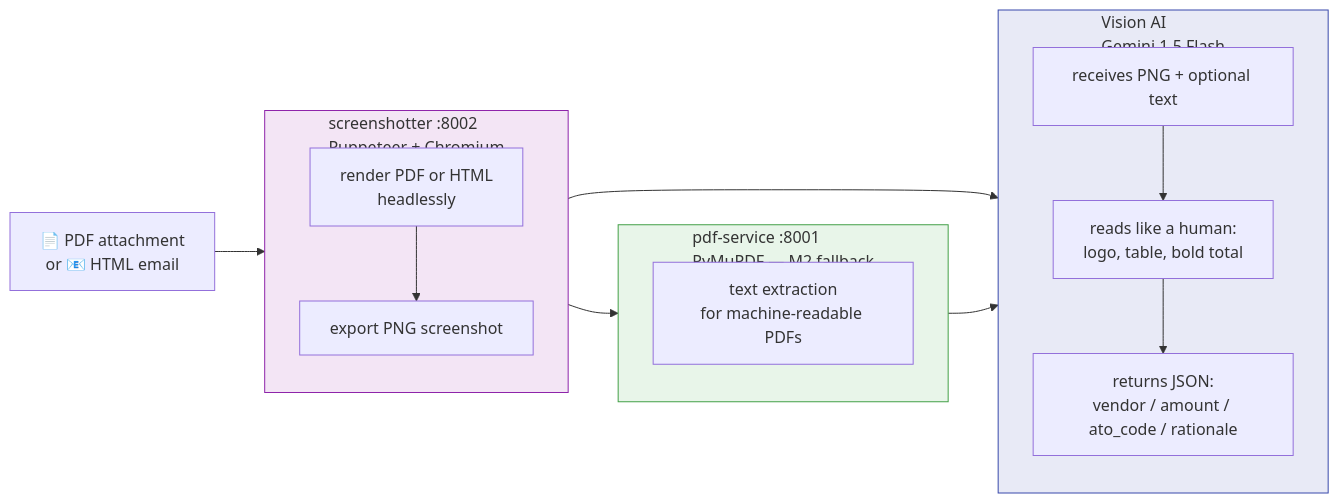
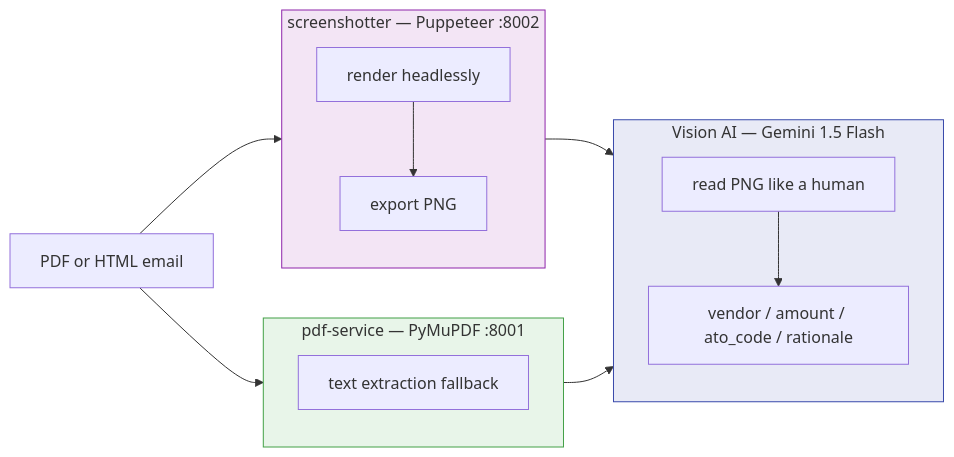
One commit to gcloudan/tax-automation changed the diagram in ARCHITECTURE.md. Above: the diagram before and after it, drawn with Mermaid.

````diff
--- a/ARCHITECTURE.md
+++ b/ARCHITECTURE.md
@@ -10,30 +10,23 @@
 ```mermaid
 flowchart LR
-    A["📄 PDF attachment\nor 📧 HTML email"] --> B
+    A["PDF or HTML email"] --> B & C
 
-    subgraph B["screenshotter :8002\nPuppeteer + Chromium"]
-        B1["render PDF or HTML\nheadlessly"]
-        B2["export PNG screenshot"]
-        B1 --> B2
+    subgraph B["screenshotter — Puppeteer :8002"]
+        B1["render headlessly"] --> B2["export PNG"]
     end
 
-    B --> C
-
-    subgraph C["pdf-service :8001\nPyMuPDF — M2 fallback"]
-        C1["text extraction\nfor machine-readable PDFs"]
+    subgraph C["pdf-service — PyMuPDF :8001"]
+        C1["text extraction fallback"]
     end
 
     B --> D
     C --> D
 
-    subgraph D["Vision AI\nGemini 1.5 Flash"]
-        D1["receives PNG + optional text"]
-        D2["reads like a human:\nlogo, table, bold total"]
-        D3["returns JSON:\nvendor / amount / ato_code / rationale"]
-        D1 --> D2 --> D3
+    subgraph D["Vision AI — Gemini 1.5 Flash"]
+        D1["read PNG like a human"] --> D2["vendor / amount / ato_code / rationale"]
     end
 
     style B fill:#f3e5f5,stroke:#8e24aa
     style C fill:#e8f5e9,stroke:#43a047
     style D fill:#e8eaf6,stroke:#3949ab
 ```
````
